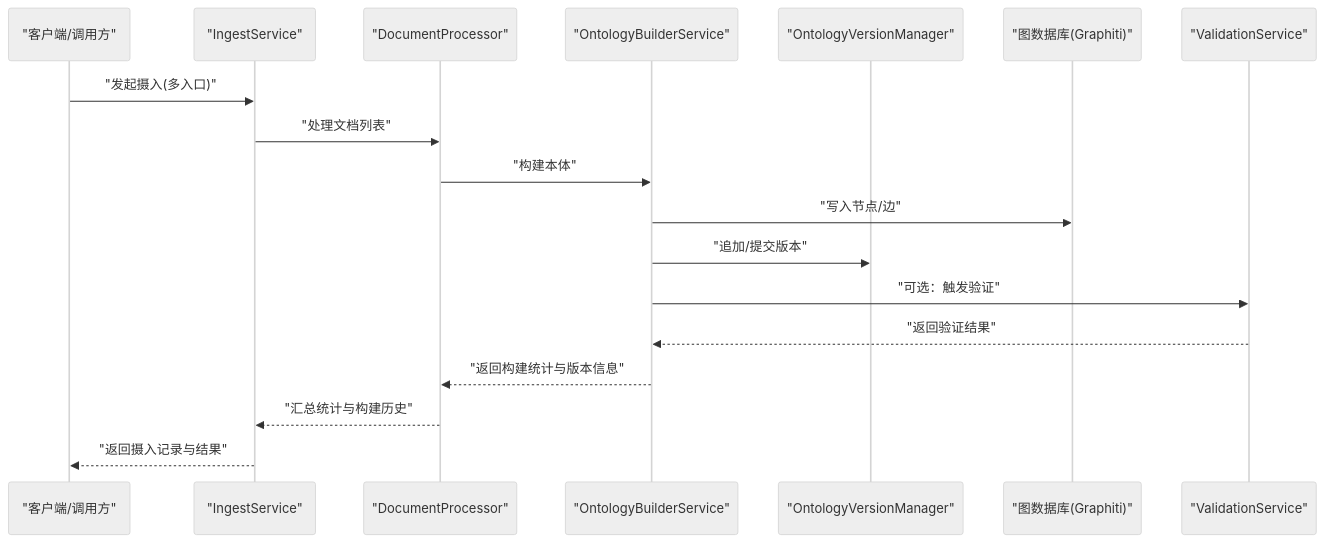
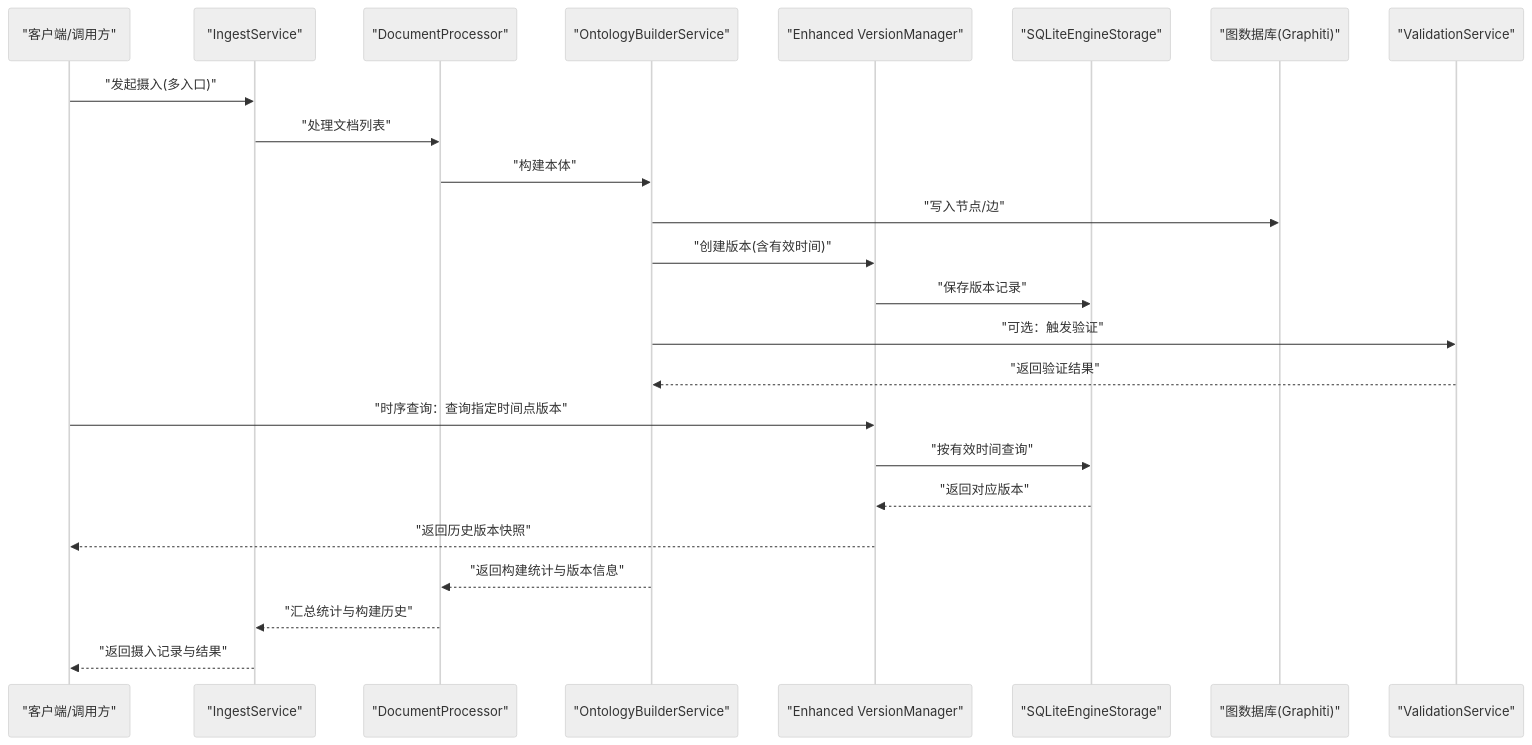
The second of 11 diagrams in .qoder/repowiki/zh/content/架构设计/分层架构设计/L3-L4 业务层/本体管理引擎.md (inier/ontology-graphiti), drawn with Mermaid (neutral theme) before and after one commit. The commit also changed other lines of this file and 76 other files, not shown here.

````diff
--- a/.qoder/repowiki/zh/content/架构设计/分层架构设计/L3-L4 业务层/本体管理引擎.md
+++ b/.qoder/repowiki/zh/content/架构设计/分层架构设计/L3-L4 业务层/本体管理引擎.md
@@ -104,20 +135,26 @@
 ```mermaid
 sequenceDiagram
 participant Client as "客户端/调用方"
 participant Ingest as "IngestService"
 participant Proc as "DocumentProcessor"
 participant Builder as "OntologyBuilderService"
-participant VerMgr as "OntologyVersionManager"
+participant VerMgr as "Enhanced VersionManager"
+participant Storage as "SQLiteEngineStorage"
 participant Graph as "图数据库(Graphiti)"
 participant Val as "ValidationService"
 Client->>Ingest : "发起摄入(多入口)"
 Ingest->>Proc : "处理文档列表"
 Proc->>Builder : "构建本体"
 Builder->>Graph : "写入节点/边"
-Builder->>VerMgr : "追加/提交版本"
+Builder->>VerMgr : "创建版本(含有效时间)"
+VerMgr->>Storage : "保存版本记录"
 Builder->>Val : "可选：触发验证"
 Val-->>Builder : "返回验证结果"
+Client->>VerMgr : "时序查询：查询指定时间点版本"
+VerMgr->>Storage : "按有效时间查询"
+Storage-->>VerMgr : "返回对应版本"
+VerMgr-->>Client : "返回历史版本快照"
 Builder-->>Proc : "返回构建统计与版本信息"
 Proc-->>Ingest : "汇总统计与构建历史"
 Ingest-->>Client : "返回摄入记录与结果"
 ```
````
